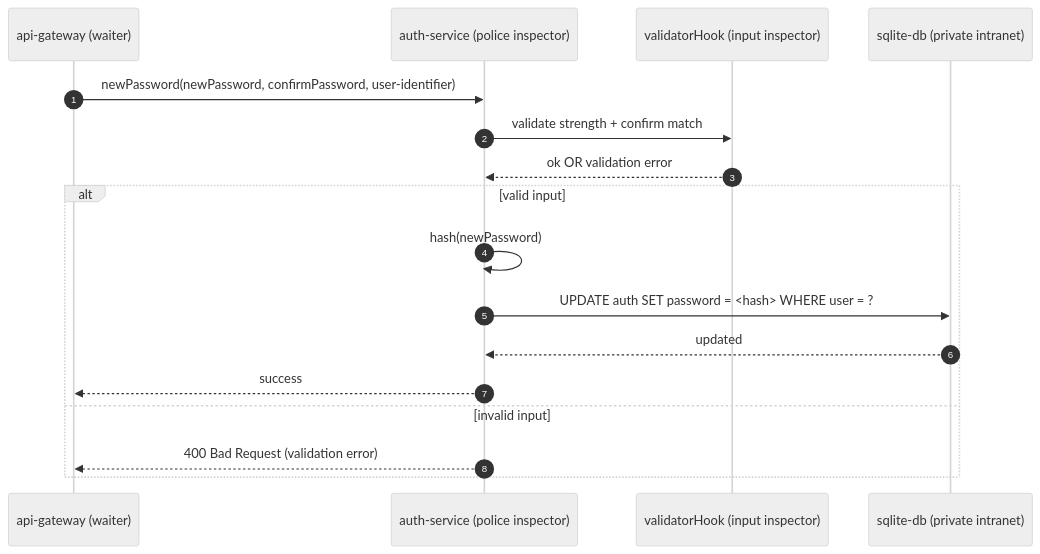
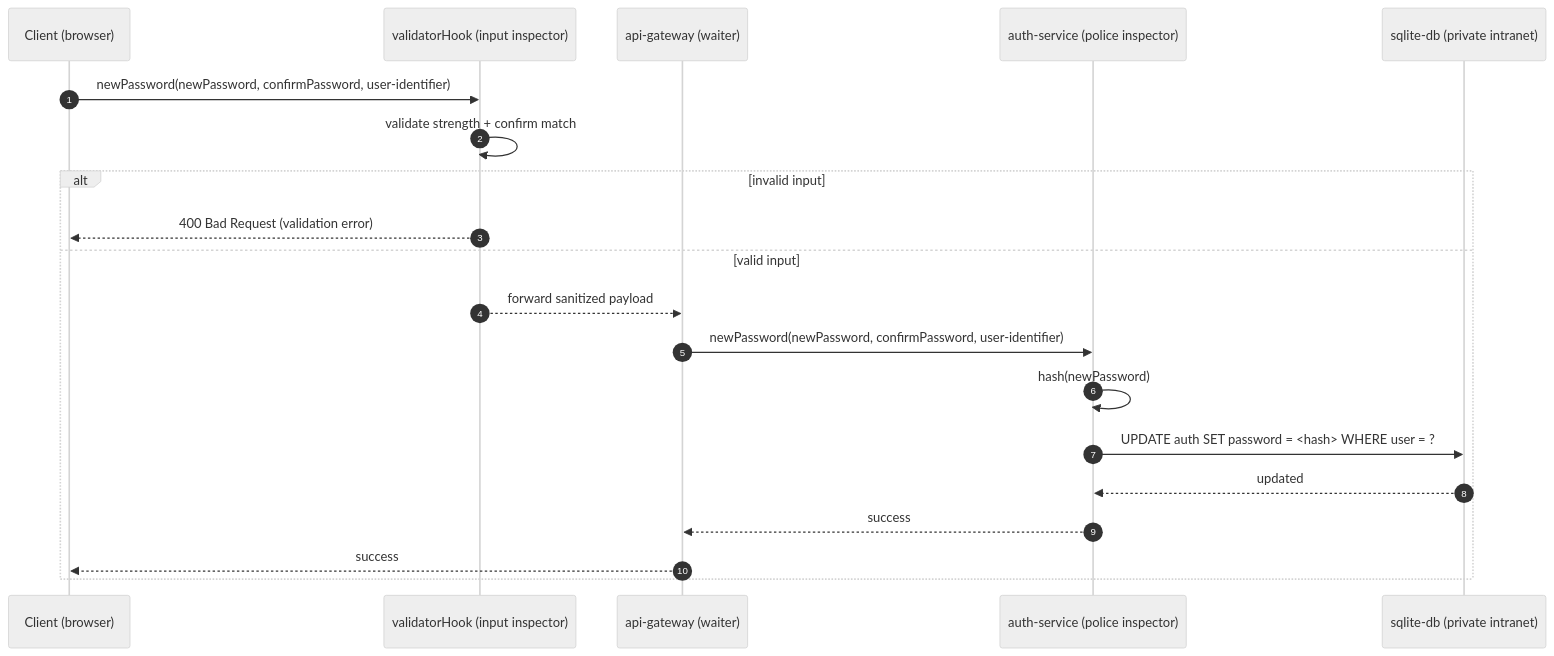
The eighth of 12 diagrams in final/auth-service/DOCUMENTATION_AUTH_SERVICE.md (oJonasRtz/transcendence), drawn with Mermaid (neutral theme) before and after one commit. The commit also changed other lines of this file, not shown here.

Commit message:
fix auth-service all mermaids

````diff
--- a/final/auth-service/DOCUMENTATION_AUTH_SERVICE.md
+++ b/final/auth-service/DOCUMENTATION_AUTH_SERVICE.md
@@ -445,21 +451,26 @@
 ```mermaid
 sequenceDiagram
   autonumber
+  participant C as Client (browser)
+  participant V as validatorHook (input inspector)
   participant W as api-gateway (waiter)
   participant P as auth-service (police inspector)
-  participant V as validatorHook (input inspector)
   participant DB as sqlite-db (private intranet)
 
-  W->>P: newPassword(newPassword, confirmPassword, user-identifier)
-  P->>V: validate strength + confirm match
-  V-->>P: ok OR validation error
+  C->>V: newPassword(newPassword, confirmPassword, user-identifier)
+  V->>V: validate strength + confirm match
 
-  alt valid input
+  alt invalid input
+    V-->>C: 400 Bad Request (validation error)
+  else valid input
+    V-->>W: forward sanitized payload
+    W->>P: newPassword(newPassword, confirmPassword, user-identifier)
+
     P->>P: hash(newPassword)
     P->>DB: UPDATE auth SET password = <hash> WHERE user = ?
     DB-->>P: updated
+
     P-->>W: success
-  else invalid input
-    P-->>W: 400 Bad Request (validation error)
+    W-->>C: success
   end
 ```
````
